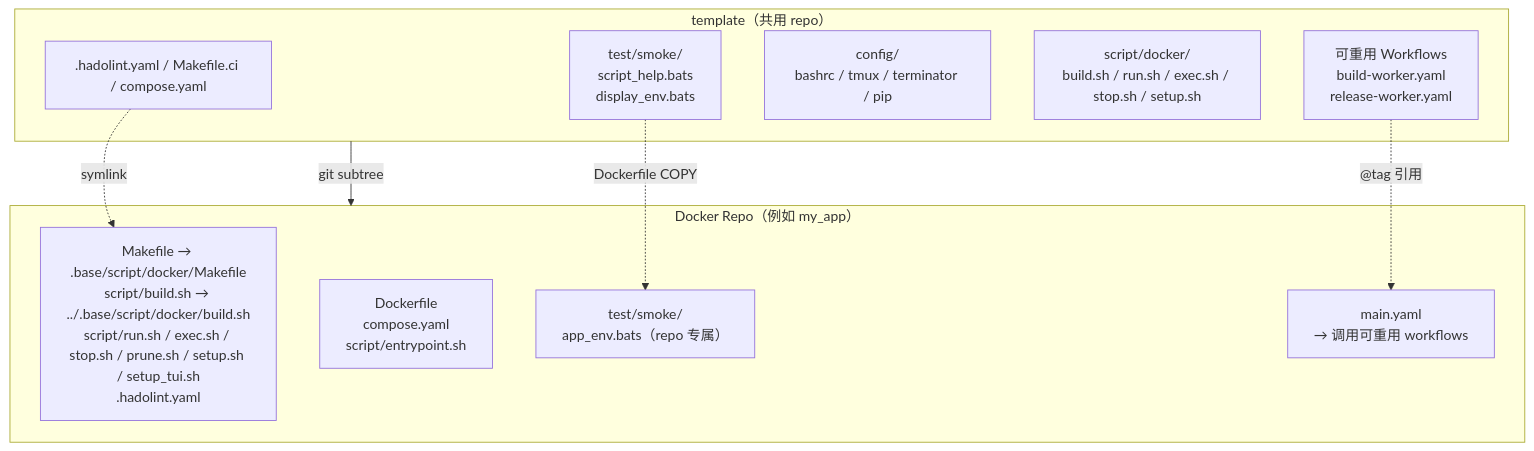
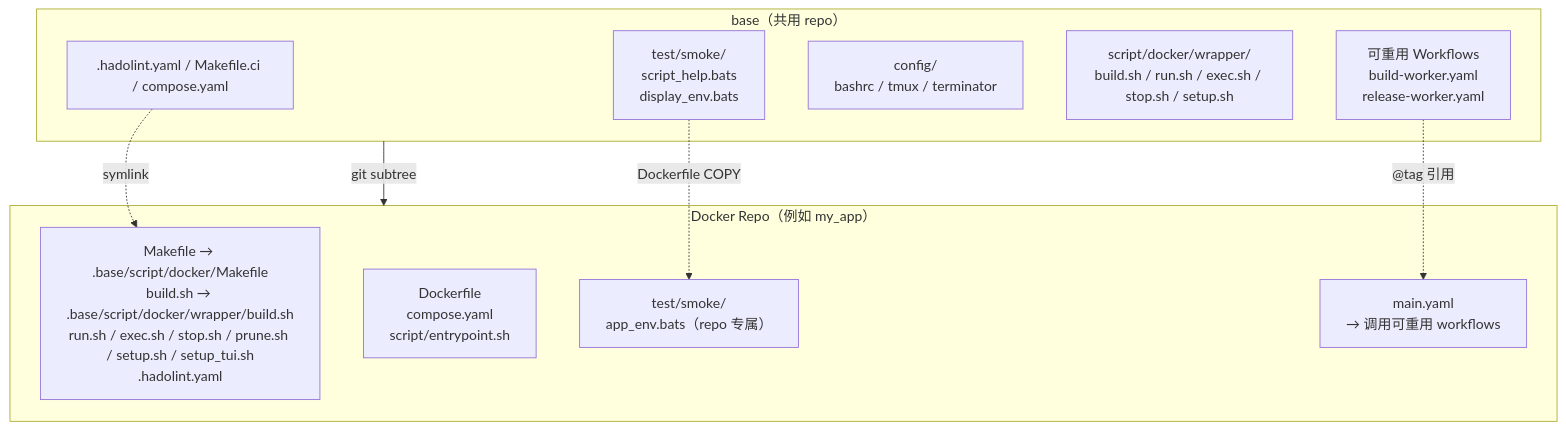
The first of 2 diagrams in doc/readme/README.zh-CN.md (ycpss91255-docker/base), drawn with Mermaid before and after one commit. The commit also changed other lines of this file and 4 other files, not shown here.

````diff
--- a/doc/readme/README.zh-CN.md
+++ b/doc/readme/README.zh-CN.md
@@ -56,22 +56,22 @@
 ```mermaid
 graph TB
-    subgraph template["template（共用 repo）"]
+    subgraph base["base（共用 repo）"]
         scripts[".hadolint.yaml / Makefile.ci / compose.yaml"]
         smoke["test/smoke/<br/>script_help.bats<br/>display_env.bats"]
-        config["config/<br/>bashrc / tmux / terminator / pip"]
-        mgmt["script/docker/<br/>build.sh / run.sh / exec.sh / stop.sh / setup.sh"]
+        config["config/<br/>bashrc / tmux / terminator"]
+        mgmt["script/docker/wrapper/<br/>build.sh / run.sh / exec.sh / stop.sh / setup.sh"]
         workflows["可重用 Workflows<br/>build-worker.yaml<br/>release-worker.yaml"]
     end
 
     subgraph consumer["Docker Repo（例如 my_app）"]
-        symlinks["Makefile → .base/script/docker/Makefile<br/>script/build.sh → ../.base/script/docker/build.sh<br/>script/run.sh / exec.sh / stop.sh / prune.sh / setup.sh / setup_tui.sh<br/>.hadolint.yaml"]
+        symlinks["Makefile → .base/script/docker/Makefile<br/>build.sh → .base/script/docker/wrapper/build.sh<br/>run.sh / exec.sh / stop.sh / prune.sh / setup.sh / setup_tui.sh<br/>.hadolint.yaml"]
         dockerfile["Dockerfile<br/>compose.yaml<br/>script/entrypoint.sh"]
         repo_test["test/smoke/<br/>app_env.bats（repo 专属）"]
         main_yaml["main.yaml<br/>→ 调用可重用 workflows"]
     end
 
-    template -- "git subtree" --> consumer
+    base -- "git subtree" --> consumer
     scripts -. "symlink" .-> symlinks
     smoke -. "Dockerfile COPY" .-> repo_test
     workflows -. "@tag 引用" .-> main_yaml
 ```
````
